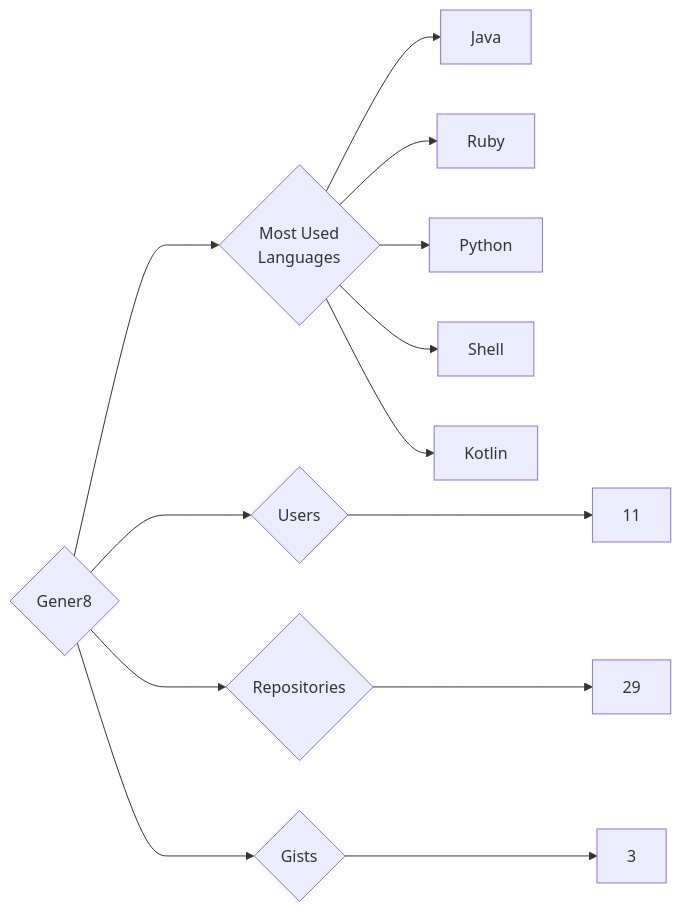
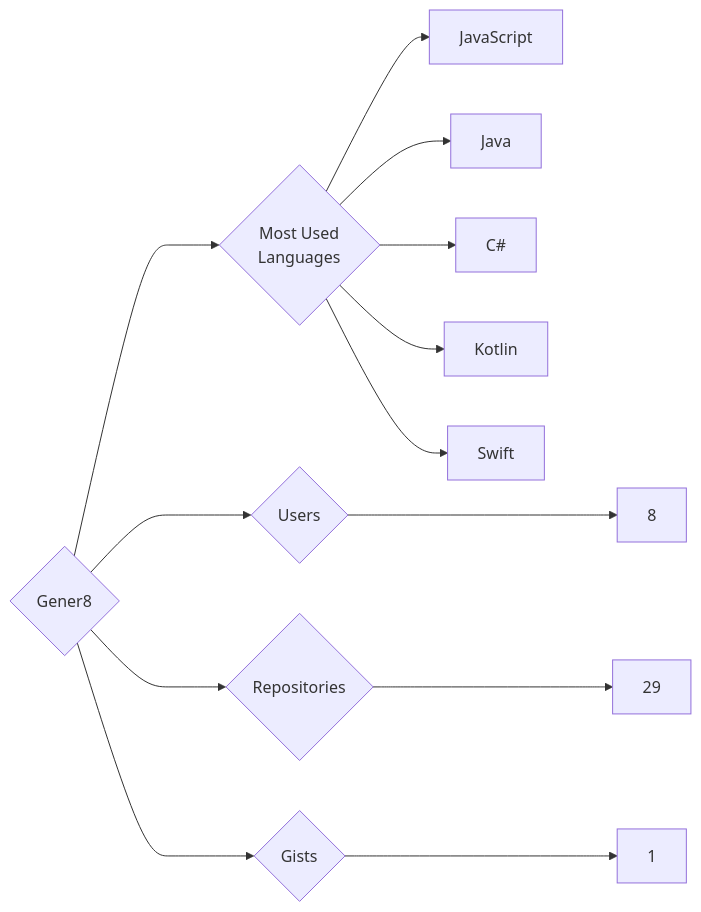
The diagram in targets/Gener8/README.md (trickest/insiders), drawn with Mermaid before and after one commit. The commit also changed 644 other files, not shown here.

````diff
--- a/targets/Gener8/README.md
+++ b/targets/Gener8/README.md
@@ -3,13 +3,13 @@
 ```mermaid
 graph LR
 COMPANY_NAME{Gener8}
-COMPANY_NAME ---> U{Users} ---> UN[11]
+COMPANY_NAME ---> U{Users} ---> UN[8]
 COMPANY_NAME ---> R{Repositories} ---> RN[29]
-COMPANY_NAME ---> G{Gists} ---> GN[3]
+COMPANY_NAME ---> G{Gists} ---> GN[1]
 COMPANY_NAME ---> ML{Most Used<br>Languages}
+ML --> JavaScript[JavaScript]
 ML --> Java[Java]
-ML --> Ruby[Ruby]
-ML --> Python[Python]
-ML --> Shell[Shell]
+ML --> C#[C#]
 ML --> Kotlin[Kotlin]
+ML --> Swift[Swift]
 ```
````
